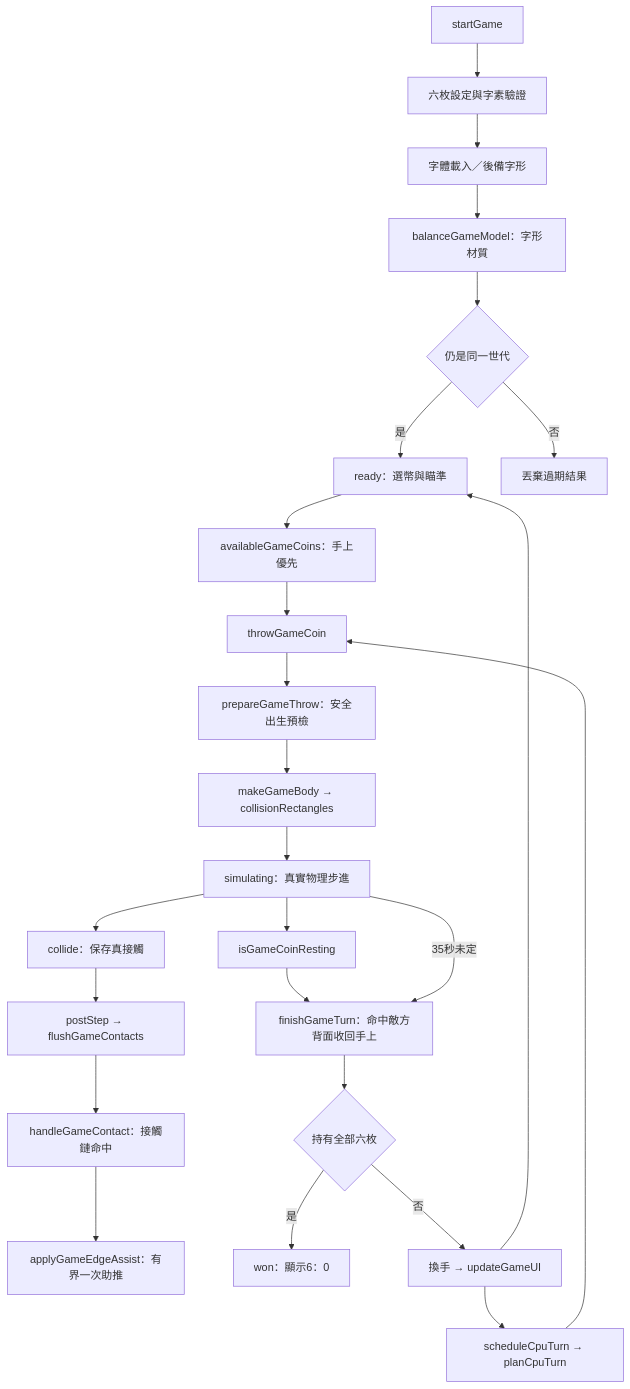
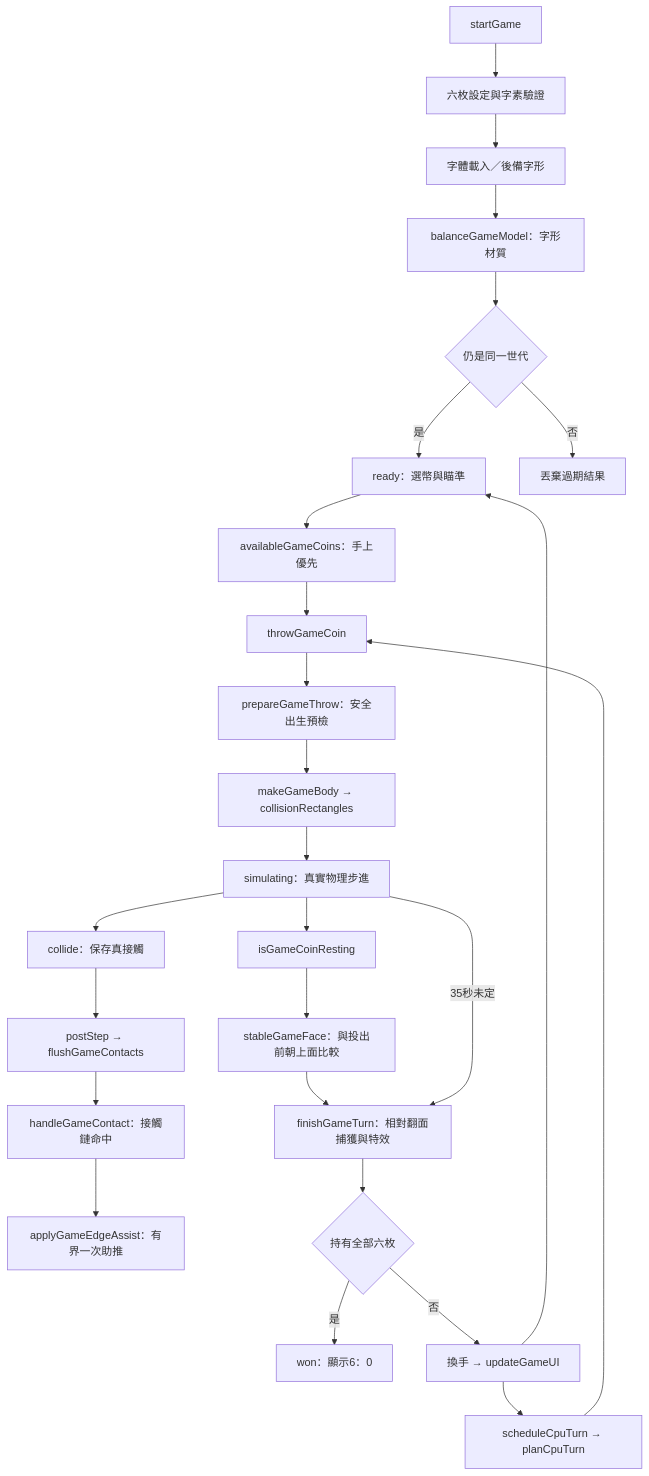
One commit to MiuDog/ong-a-piau changed the fourth of 4 diagrams in architecture.md. Above: the diagram before and after it, drawn with Mermaid. The commit also changed other lines of this file and 8 other files, not shown here.

````diff
--- a/architecture.md
+++ b/architecture.md
@@ -88,27 +88,28 @@
 ```mermaid
 flowchart TD
 	Setup[startGame] --> Validate[六枚設定與字素驗證]
 	Validate --> Font[字體載入／後備字形]
 	Font --> Material[balanceGameModel：字形材質]
 	Material --> Epoch{仍是同一世代}
 	Epoch -->|是| Ready[ready：選幣與瞄準]
 	Epoch -->|否| Ignore[丟棄過期結果]
 	Ready --> Available[availableGameCoins：手上優先]
 	Available --> Throw[throwGameCoin]
 	Throw --> Prepare[prepareGameThrow：安全出生預檢]
 	Prepare --> Shape[makeGameBody → collisionRectangles]
 	Shape --> Sim[simulating：真實物理步進]
 	Sim --> Queue[collide：保存真接觸]
 	Queue --> Flush[postStep → flushGameContacts]
 	Flush --> Hit[handleGameContact：接觸鏈命中]
 	Hit --> Edge[applyGameEdgeAssist：有界一次助推]
 	Sim --> Rest[isGameCoinResting]
-	Rest --> Capture[finishGameTurn：命中敵方背面收回手上]
+	Rest --> Face[stableGameFace：與投出前朝上面比較]
+	Face --> Capture[finishGameTurn：相對翻面捕獲與特效]
 	Capture --> Count{持有全部六枚}
 	Count -->|是| Won[won：顯示6：0]
 	Count -->|否| Next[換手 → updateGameUI]
 	Next --> CPU[scheduleCpuTurn → planCpuTurn]
 	CPU --> Throw
 	Next --> Ready
 	Sim -->|35秒未定| Capture
 ```
````
